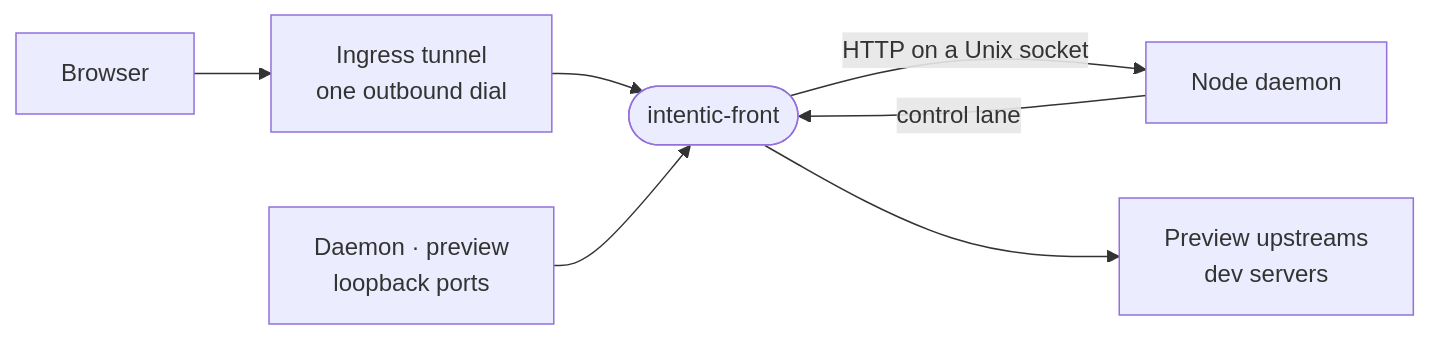
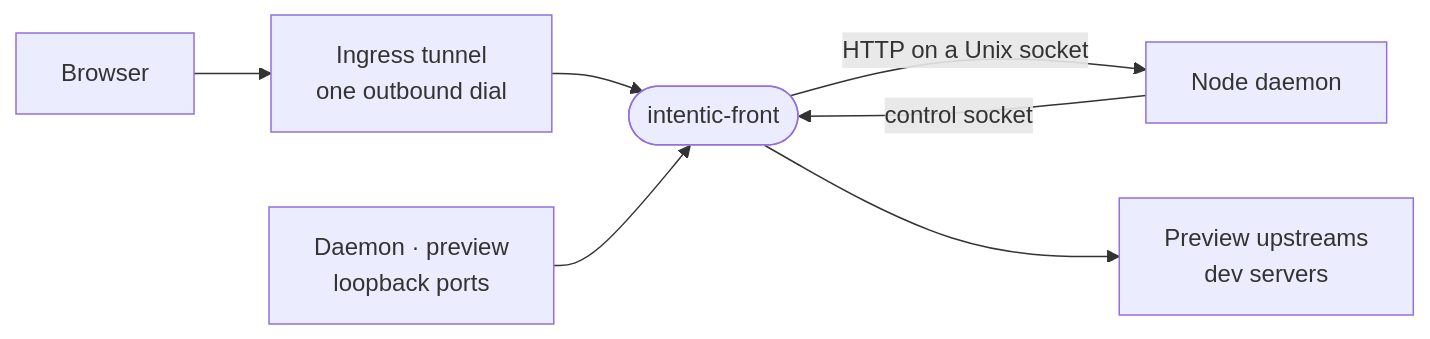
The diagram in _sandbox/front/README.md (intentic/intentic), drawn with Mermaid before and after one commit. The commit also changed other lines of this file and 104 other files, not shown here.

````diff
--- a/_sandbox/front/README.md
+++ b/_sandbox/front/README.md
@@ -5,9 +5,9 @@
 ```mermaid
 flowchart LR
     browser["Browser"] --> tunnel["Ingress tunnel<br/>one outbound dial"]
     tunnel --> front(["intentic-front"])
     ports["Daemon · preview<br/>loopback ports"] --> front
     front -->|"HTTP on a Unix socket"| node["Node daemon"]
     front --> preview["Preview upstreams<br/>dev servers"]
-    node -->|"control lane"| front
+    node -->|"control socket"| front
 ```
````
